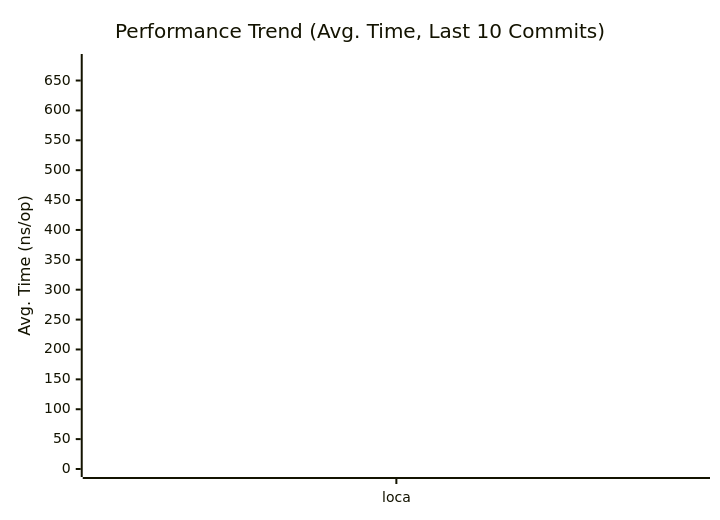
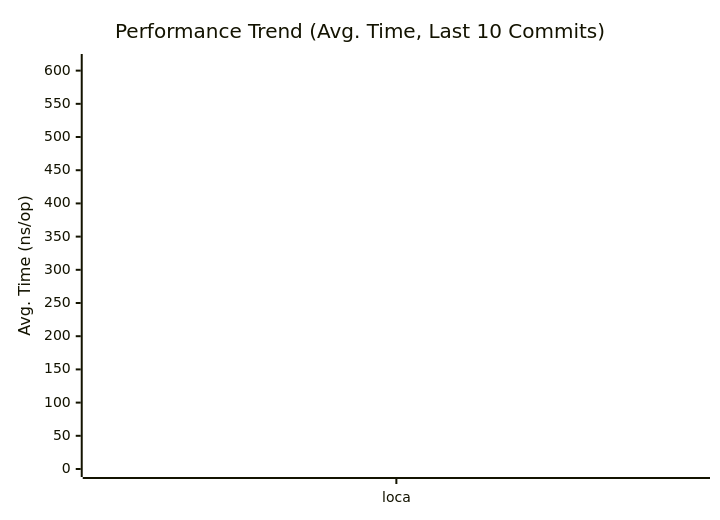
The first of 3 diagrams in docs/PERFORMANCE.md (alsotoes/momo), drawn with Mermaid before and after one commit. The commit also changed other lines of this file and 2 other files, not shown here.

````diff
--- a/docs/PERFORMANCE.md
+++ b/docs/PERFORMANCE.md
@@ -80,16 +80,16 @@
 ```mermaid
 xychart-beta
     title "Performance Trend (Avg. Time, Last 10 Commits)"
     x-axis "Commit"
     y-axis "Avg. Time (ns/op)"
     x-axis [loca]
-    line "CheckMetricsAndSwap" [6,6,6,7,14,7,6,6,7,9]
-    line "CrushOptimized" [260,279,265,295,618,264,255,245,263,331]
-    line "CrushOriginal" [375,388,399,426,831,362,367,368,359,470]
-    line "IndexDirectTracking" [0,0,0,0,1,0,0,0,0,0]
-    line "IndexSearch" [3,2,3,3,4,3,3,3,3,3]
-    line "LoadGlobalConfig" [681,613,619,815,1442,632,613,599,626,800]
-    line "PadString" [2,2,2,2,3,2,2,2,2,2]
+    line "CheckMetricsAndSwap" [6,6,7,14,7,6,6,7,9,10]
+    line "CrushOptimized" [279,265,295,618,264,255,245,263,331,366]
+    line "CrushOriginal" [388,399,426,831,362,367,368,359,470,546]
+    line "IndexDirectTracking" [0,0,0,1,0,0,0,0,0,1]
+    line "IndexSearch" [2,3,3,4,3,3,3,3,3,3]
+    line "LoadGlobalConfig" [613,619,815,1442,632,613,599,626,800,1058]
+    line "PadString" [2,2,2,3,2,2,2,2,2,2]
     line "ParseReplicationOrder_NoPrealloc" [350,349,357,354,345,225,229,165,232,234]
     line "ParseReplicationOrder_Prealloc" [229,231,237,234,229,108,107,80,110,109]
 ```
````
